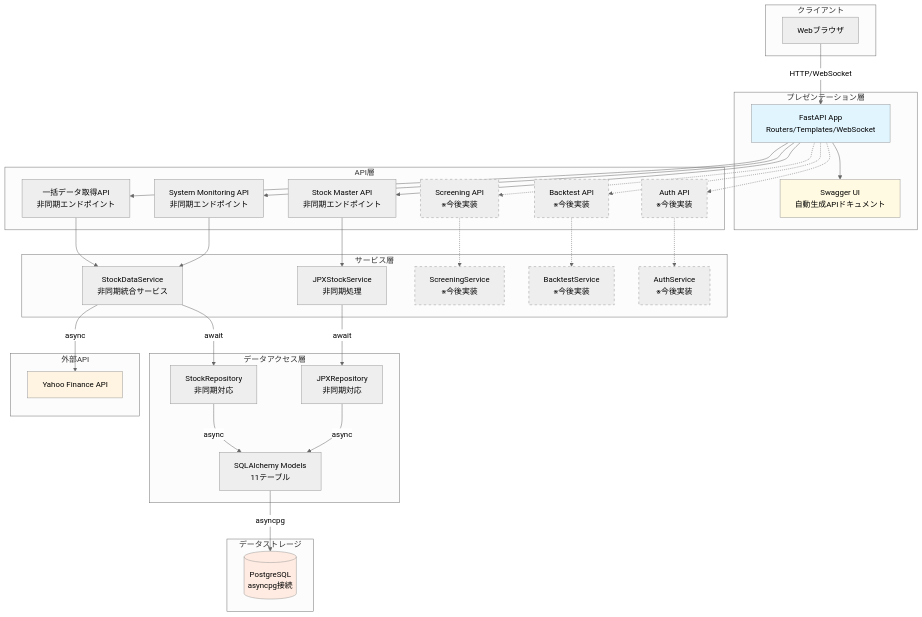
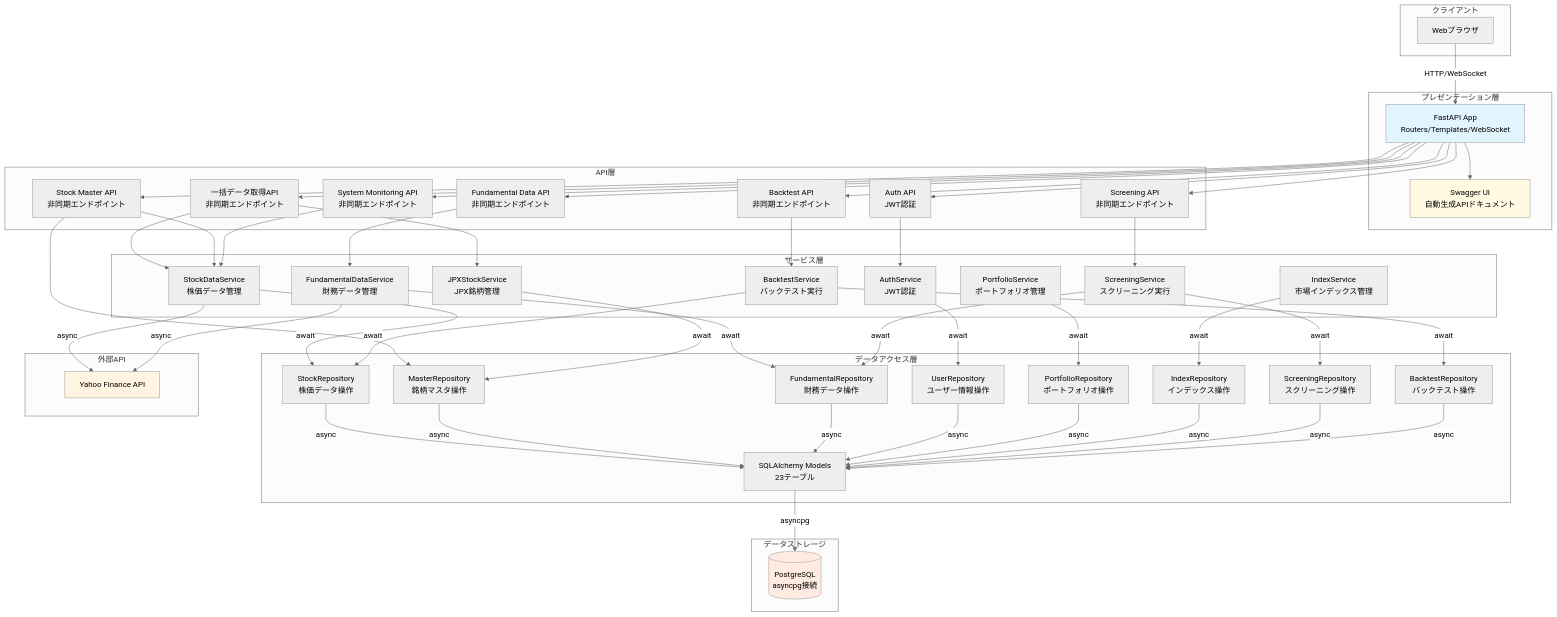
One commit to TIMMY-WEST/STOCK-INVESTMENT-ANALYZER changed the first of 3 diagrams in docs/architecture/architecture_overview.md. Above: the diagram before and after it, drawn with Mermaid (neutral theme). The commit also changed other lines of this file and 1 other file, not shown here.

````diff
--- a/docs/architecture/architecture_overview.md
+++ b/docs/architecture/architecture_overview.md
@@ -139,23 +139,33 @@
         BatchAPI[一括データ取得API<br/>非同期エンドポイント]
         StockAPI[Stock Master API<br/>非同期エンドポイント]
         MonitorAPI[System Monitoring API<br/>非同期エンドポイント]
-        ScreeningAPI[Screening API<br/>※今後実装]
-        BacktestAPI[Backtest API<br/>※今後実装]
-        AuthAPI[Auth API<br/>※今後実装]
+        ScreeningAPI[Screening API<br/>非同期エンドポイント]
+        BacktestAPI[Backtest API<br/>非同期エンドポイント]
+        AuthAPI[Auth API<br/>JWT認証]
+        FundamentalAPI[Fundamental Data API<br/>非同期エンドポイント]
     end
 
     subgraph "サービス層"
-        StockService[StockDataService<br/>非同期統合サービス]
-        JPXService[JPXStockService<br/>非同期処理]
-        ScreeningService[ScreeningService<br/>※今後実装]
-        BacktestService[BacktestService<br/>※今後実装]
-        AuthService[AuthService<br/>※今後実装]
+        StockService[StockDataService<br/>株価データ管理]
+        JPXService[JPXStockService<br/>JPX銘柄管理]
+        FundamentalService[FundamentalDataService<br/>財務データ管理]
+        PortfolioService[PortfolioService<br/>ポートフォリオ管理]
+        IndexService[IndexService<br/>市場インデックス管理]
+        ScreeningService[ScreeningService<br/>スクリーニング実行]
+        BacktestService[BacktestService<br/>バックテスト実行]
+        AuthService[AuthService<br/>JWT認証]
     end
 
     subgraph "データアクセス層"
-        StockRepo[StockRepository<br/>非同期対応]
-        JPXRepo[JPXRepository<br/>非同期対応]
-        Models[SQLAlchemy Models<br/>11テーブル]
+        StockRepo[StockRepository<br/>株価データ操作]
+        MasterRepo[MasterRepository<br/>銘柄マスタ操作]
+        FundamentalRepo[FundamentalRepository<br/>財務データ操作]
+        UserRepo[UserRepository<br/>ユーザー情報操作]
+        PortfolioRepo[PortfolioRepository<br/>ポートフォリオ操作]
+        IndexRepo[IndexRepository<br/>インデックス操作]
+        ScreeningRepo[ScreeningRepository<br/>スクリーニング操作]
+        BacktestRepo[BacktestRepository<br/>バックテスト操作]
+        Models[SQLAlchemy Models<br/>23テーブル]
     end
 
     subgraph "外部API"
@@ -168,32 +178,32 @@
 
     Browser -->|HTTP/WebSocket| FastAPI
     FastAPI --> Swagger
-    FastAPI --> BatchAPI & StockAPI & MonitorAPI
-    FastAPI -.-> ScreeningAPI & BacktestAPI & AuthAPI
+    FastAPI --> BatchAPI & StockAPI & MonitorAPI & ScreeningAPI & BacktestAPI & AuthAPI & FundamentalAPI
 
-    BatchAPI --> StockService
-    StockAPI --> JPXService
+    BatchAPI --> StockService & JPXService
+    StockAPI --> StockService & MasterRepo
     MonitorAPI --> StockService
-    ScreeningAPI -.-> ScreeningService
-    BacktestAPI -.-> BacktestService
-    AuthAPI -.-> AuthService
+    ScreeningAPI --> ScreeningService
+    BacktestAPI --> BacktestService
+    AuthAPI --> AuthService
+    FundamentalAPI --> FundamentalService
 
     StockService -->|await| StockRepo
-    JPXService -->|await| JPXRepo
-    StockService -->|async| YFinance
+    JPXService -->|await| MasterRepo
+    FundamentalService -->|await| FundamentalRepo
+    PortfolioService -->|await| PortfolioRepo
+    IndexService -->|await| IndexRepo
+    ScreeningService -->|await| ScreeningRepo & FundamentalRepo
+    BacktestService -->|await| BacktestRepo & StockRepo
+    AuthService -->|await| UserRepo
 
-    StockRepo -->|async| Models
-    JPXRepo -->|async| Models
+    StockService & FundamentalService -->|async| YFinance
+
+    StockRepo & MasterRepo & FundamentalRepo & UserRepo & PortfolioRepo & IndexRepo & ScreeningRepo & BacktestRepo -->|async| Models
     Models -->|asyncpg| PostgreSQL
 
     style FastAPI fill:#e1f5ff
     style Swagger fill:#fffae1
     style PostgreSQL fill:#ffebe1
     style YFinance fill:#fff4e1
-    style ScreeningAPI stroke-dasharray: 5 5
-    style BacktestAPI stroke-dasharray: 5 5
-    style AuthAPI stroke-dasharray: 5 5
-    style ScreeningService stroke-dasharray: 5 5
-    style BacktestService stroke-dasharray: 5 5
-    style AuthService stroke-dasharray: 5 5
 ```
````
